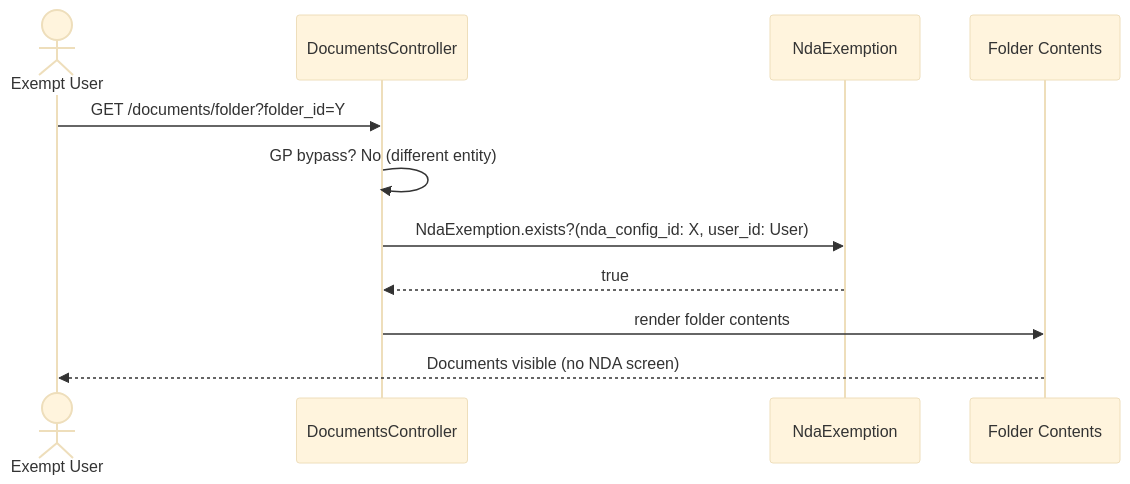
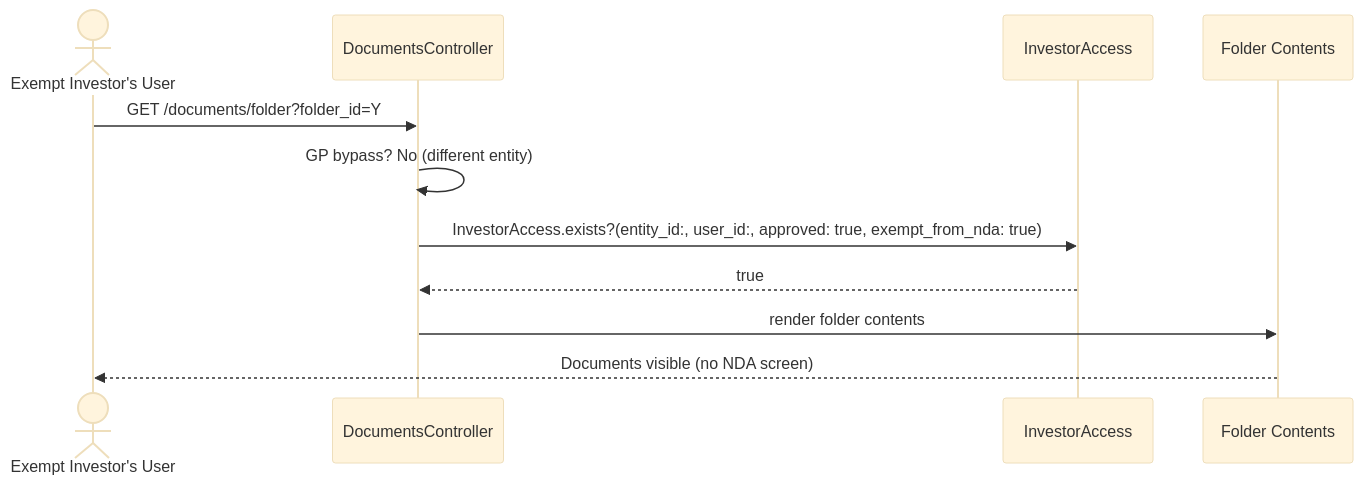
One commit to sampadadiwan/IRM_CompanyMain changed the seventh of 9 diagrams in openspec/changes/nda-data-room-module-3-gp-dashboard/design.md. Above: the diagram before and after it, drawn with Mermaid (base theme). The commit also changed other lines of this file and 22 other files, not shown here.

First line of the commit message:
feat: Redesign exemption to stakeholder-level + hide NDA Settings on Data Room root

````diff
--- a/openspec/changes/nda-data-room-module-3-gp-dashboard/design.md
+++ b/openspec/changes/nda-data-room-module-3-gp-dashboard/design.md
@@ -328,14 +287,14 @@
 ```mermaid
 sequenceDiagram
-    actor User as Exempt User
+    actor User as Exempt Investor's User
     participant Docs as DocumentsController
-    participant NE as NdaExemption
+    participant IA as InvestorAccess
     participant Folder as Folder Contents
 
     User->>Docs: GET /documents/folder?folder_id=Y
     Docs->>Docs: GP bypass? No (different entity)
-    Docs->>NE: NdaExemption.exists?(nda_config_id: X, user_id: User)
-    NE-->>Docs: true
+    Docs->>IA: InvestorAccess.exists?(entity_id:, user_id:, approved: true, exempt_from_nda: true)
+    IA-->>Docs: true
     Docs->>Folder: render folder contents
     Folder-->>User: Documents visible (no NDA screen)
 ```
````
